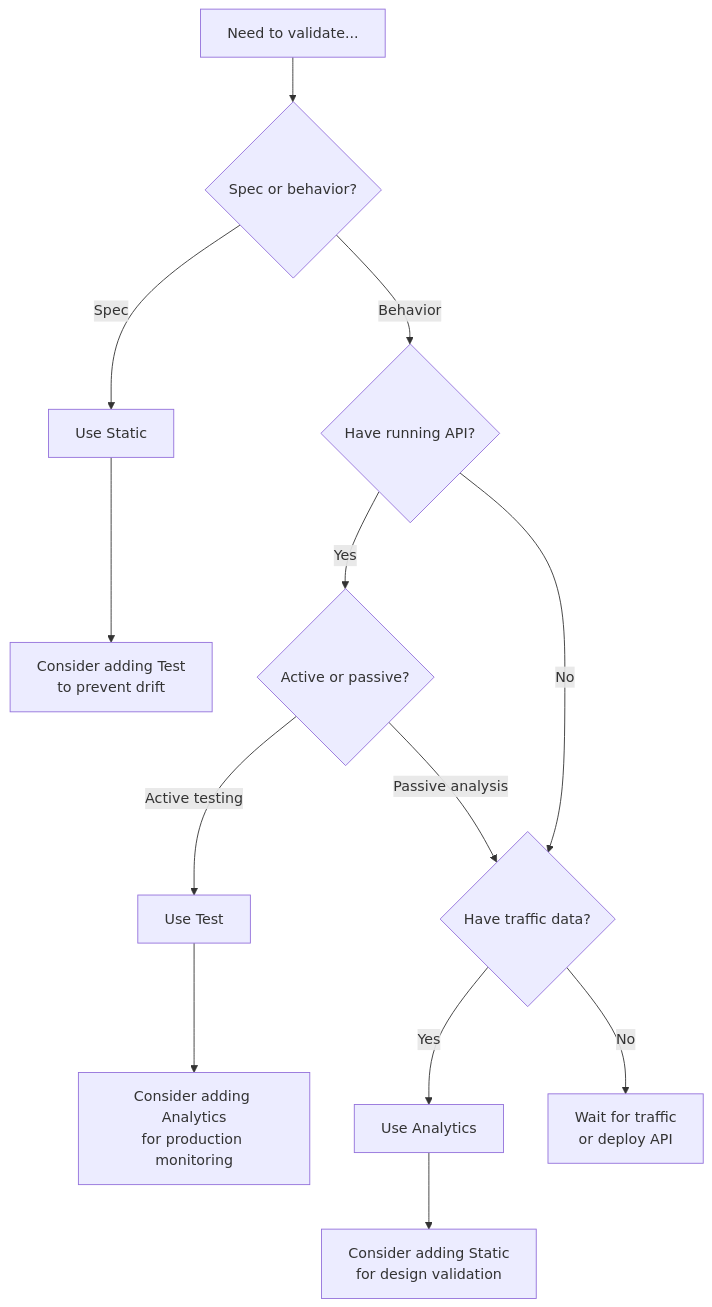
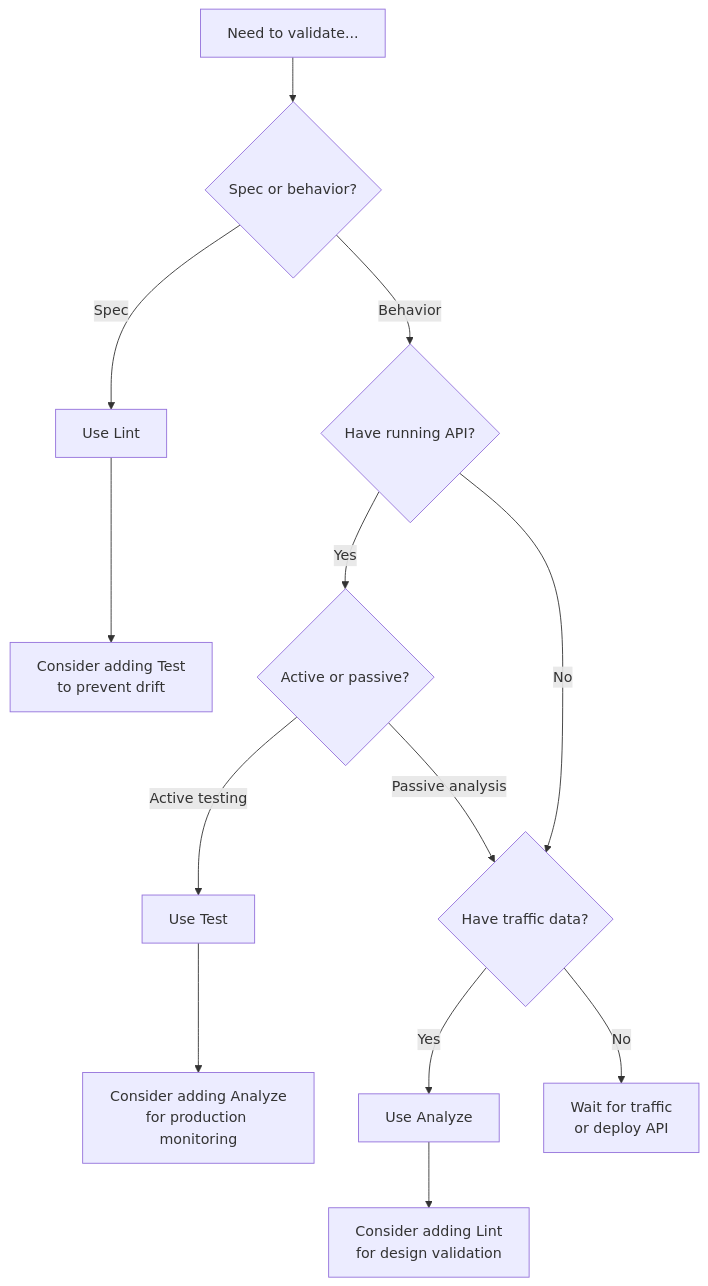
One commit to thymianofficial/thymian changed the second of 2 diagrams in astro-docs/src/content/docs/references/Plugins/HTTP Linter/rule-types.md. Above: the diagram before and after it, drawn with Mermaid. The commit also changed other lines of this file and 17 other files, not shown here.

````diff
--- a/astro-docs/src/content/docs/references/Plugins/HTTP Linter/rule-types.md
+++ b/astro-docs/src/content/docs/references/Plugins/HTTP Linter/rule-types.md
@@ -352,15 +352,15 @@
 ```mermaid
 flowchart TD
   Start[Need to validate...] --> Q1{Spec or behavior?}
-  Q1 -->|Spec| Static[Use Static]
+  Q1 -->|Spec| Lint[Use Lint]
   Q1 -->|Behavior| Q2{Have running API?}
   Q2 -->|Yes| Q3{Active or passive?}
   Q2 -->|No| Traffic{Have traffic data?}
   Q3 -->|Active testing| Test[Use Test]
   Q3 -->|Passive analysis| Traffic
-  Traffic -->|Yes| Analytics[Use Analytics]
+  Traffic -->|Yes| Analyze[Use Analyze]
   Traffic -->|No| Wait[Wait for traffic<br/>or deploy API]
-  Static --> Consider1[Consider adding Test<br/>to prevent drift]
-  Test --> Consider2[Consider adding Analytics<br/>for production monitoring]
-  Analytics --> Consider3[Consider adding Static<br/>for design validation]
+  Lint --> Consider1[Consider adding Test<br/>to prevent drift]
+  Test --> Consider2[Consider adding Analyze<br/>for production monitoring]
+  Analyze --> Consider3[Consider adding Lint<br/>for design validation]
 ```
````
